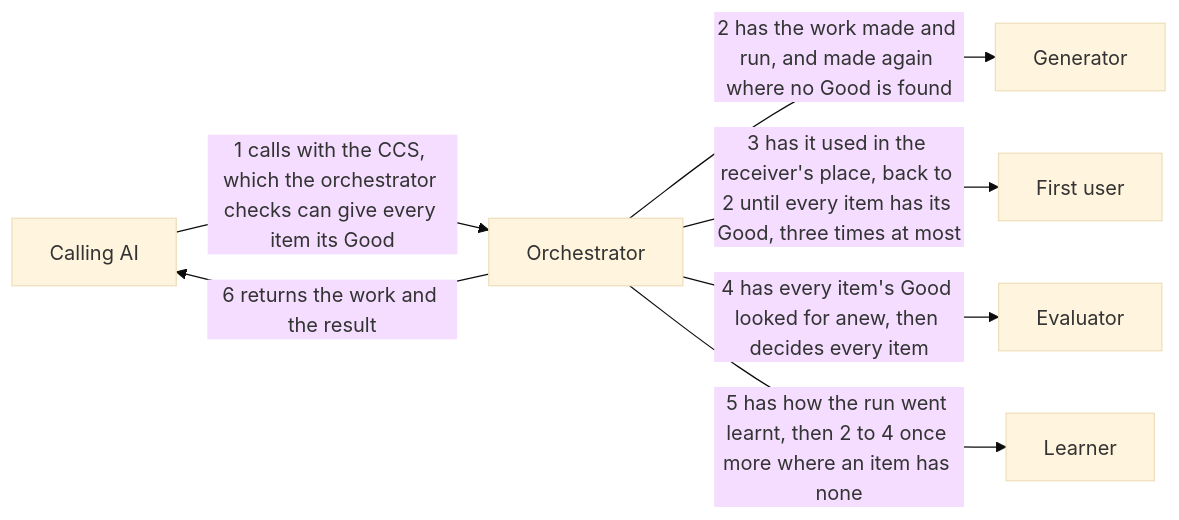
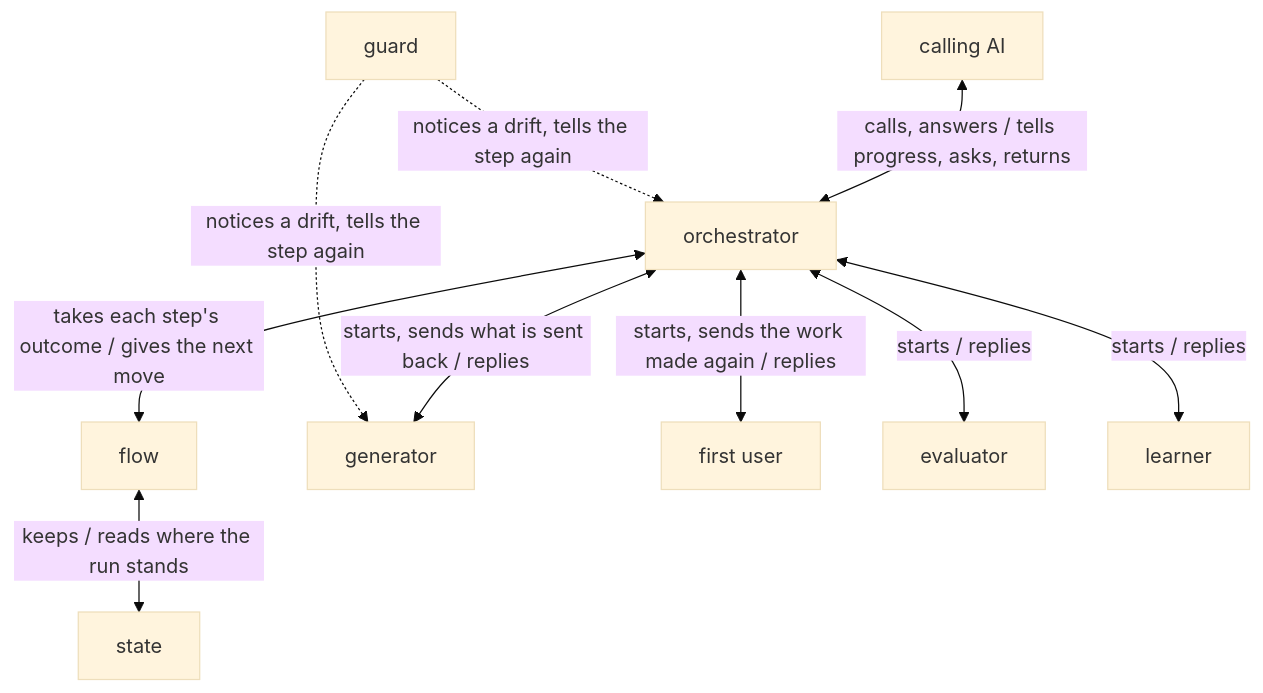
One commit to lovaizu/ccpm changed the diagram in dev/turn/design.md. Above: the diagram before and after it, drawn with Mermaid (base theme). The commit also changed other lines of this file and 4 other files, not shown here.

````diff
--- a/dev/turn/design.md
+++ b/dev/turn/design.md
@@ -22,15 +26,21 @@
 ```mermaid
-flowchart LR
-  caller["Calling AI"]
-  orch["Orchestrator"]
-  gen["Generator"]
-  fu["First user"]
-  ev["Evaluator"]
-  le["Learner"]
-  caller -->|1 calls with the CCS, which the orchestrator checks can give every item its Good| orch
-  orch -->|2 has the work made and run, and made again where no Good is found| gen
-  orch -->|3 has it used in the receiver's place, back to 2 until every item has its Good, three times at most| fu
-  orch -->|4 has every item's Good looked for anew, then decides every item| ev
-  orch -->|5 has how the run went learnt, then 2 to 4 once more where an item has none| le
-  orch -->|6 returns the work and the result| caller
+flowchart TB
+  caller["calling AI"]
+  orch["orchestrator"]
+  flow["flow"]
+  state["state"]
+  gen["generator"]
+  fu["first user"]
+  ev["evaluator"]
+  le["learner"]
+  guard["guard"]
+  caller <-->|calls, answers / tells progress, asks, returns| orch
+  orch <-->|takes each step's outcome / gives the next move| flow
+  flow <-->|keeps / reads where the run stands| state
+  orch <-->|starts, sends what is sent back / replies| gen
+  orch <-->|starts, sends the work made again / replies| fu
+  orch <-->|starts / replies| ev
+  orch <-->|starts / replies| le
+  guard -.->|notices a drift, tells the step again| orch
+  guard -.->|notices a drift, tells the step again| gen
 ```
````
